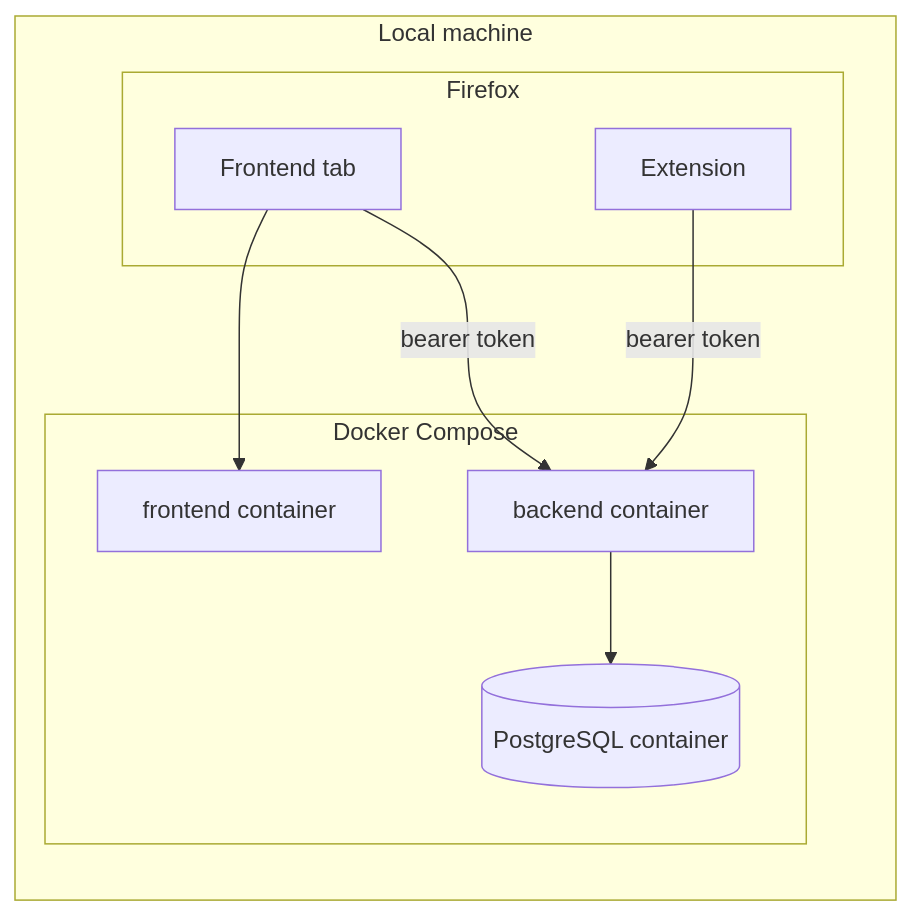
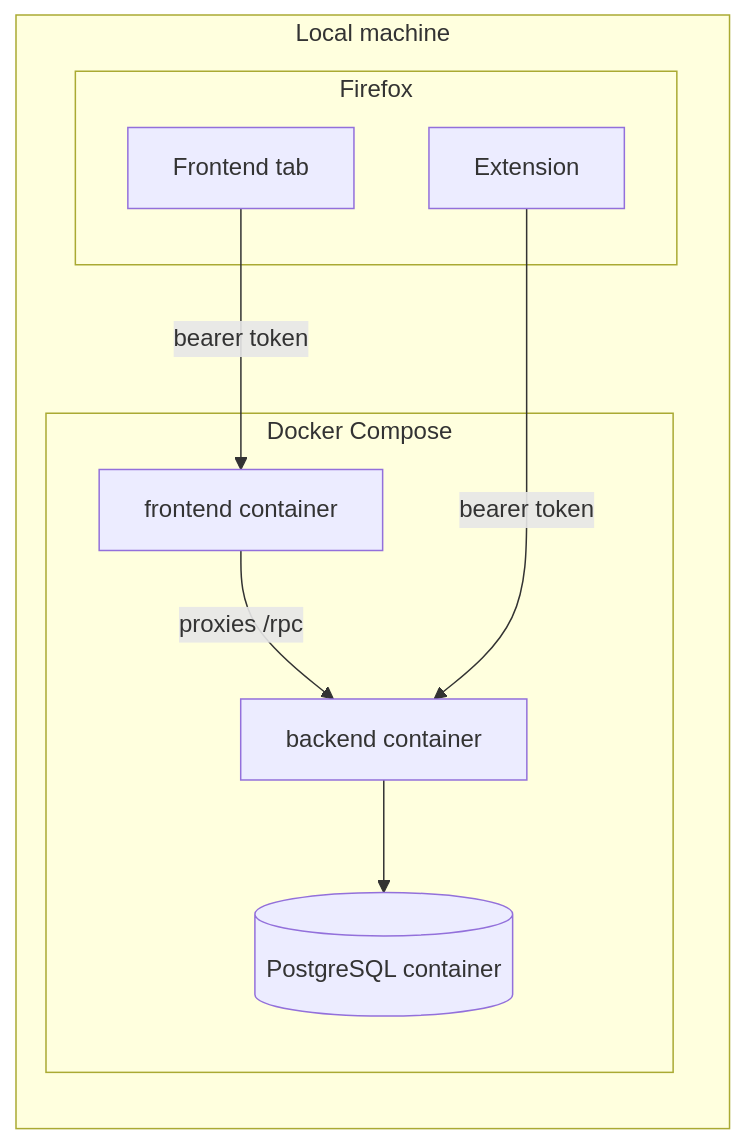
One commit to lennartmoeller/finance-tracker changed the fifth of 5 diagrams in docs/architecture.md. Above: the diagram before and after it, drawn with Mermaid. The commit also changed other lines of this file and 53 other files, not shown here.

````diff
--- a/docs/architecture.md
+++ b/docs/architecture.md
@@ -127,18 +139,18 @@
 ```mermaid
 flowchart LR
   subgraph machine["Local machine"]
     subgraph compose["Docker Compose"]
       fe["frontend container"]
       be["backend container"]
       pg[("PostgreSQL container")]
     end
     subgraph browser["Firefox"]
       tab["Frontend tab"]
       ext["Extension"]
     end
   end
-  tab --> fe
-  tab -- "bearer token" --> be
+  tab -- "bearer token" --> fe
+  fe -- "proxies /rpc" --> be
   ext -- "bearer token" --> be
   be --> pg
 ```
````
